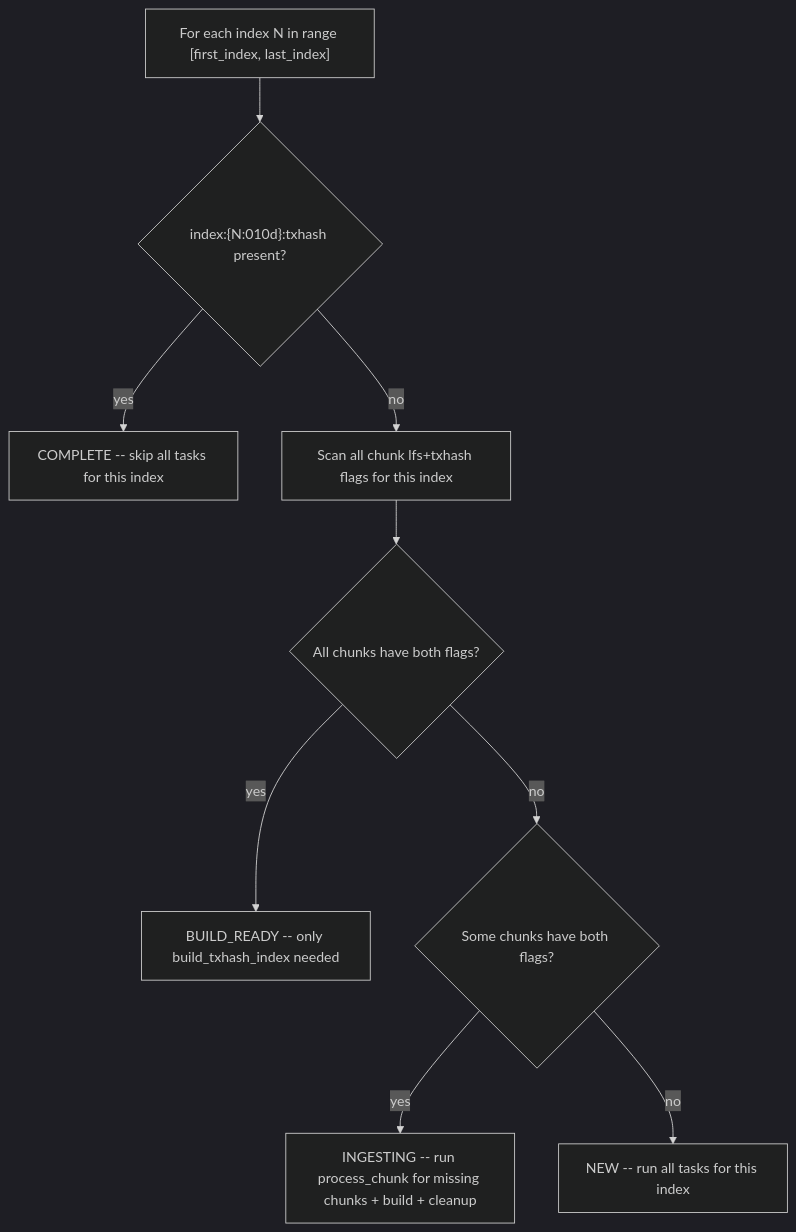
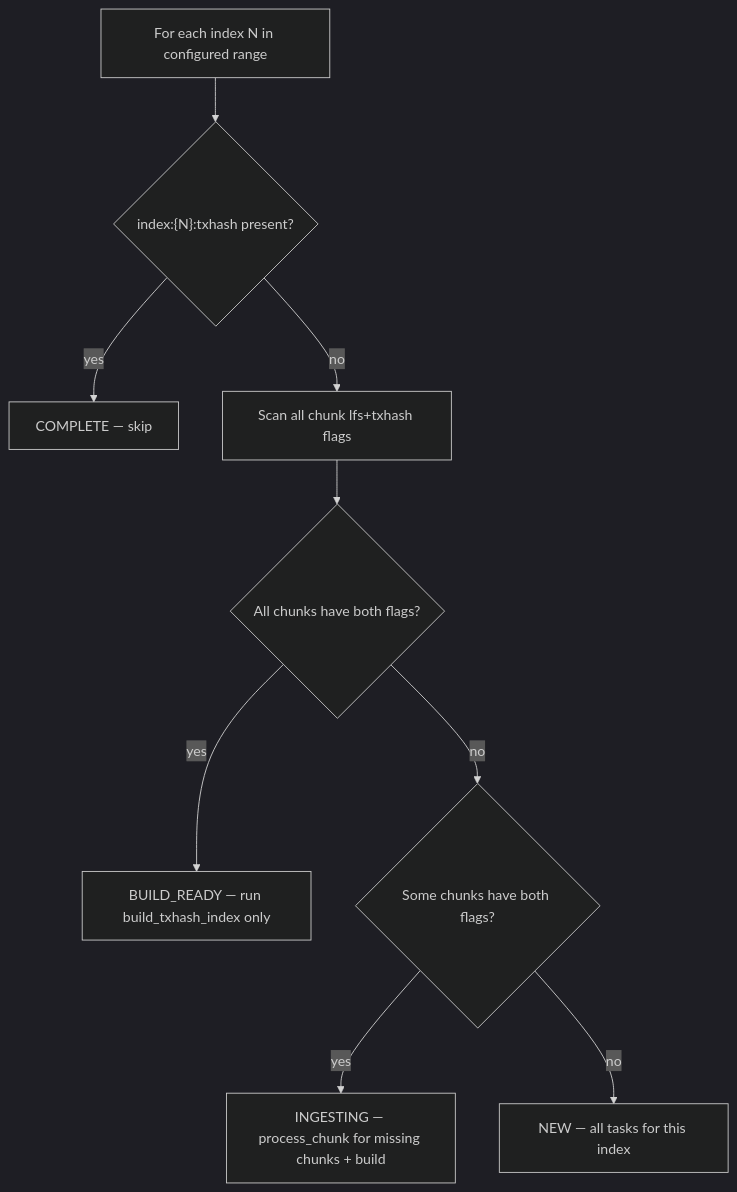
The diagram in full-history/design-docs/03-backfill-workflow.md (stellar/stellar-rpc), drawn with Mermaid (dark theme) before and after one commit. The commit also changed other lines of this file and 1 other file, not shown here.

````diff
--- a/full-history/design-docs/03-backfill-workflow.md
+++ b/full-history/design-docs/03-backfill-workflow.md
@@ -269,12 +354,12 @@
 ```mermaid
 flowchart TD
-  A["For each index N in range [first_index, last_index]"]
-  A --> B{"index:{N:010d}:txhash present?"}
-  B -->|yes| SKIP["COMPLETE -- skip all tasks for this index"]
-  B -->|no| C["Scan all chunk lfs+txhash flags for this index"]
+  A["For each index N in configured range"]
+  A --> B{"index:{N}:txhash present?"}
+  B -->|yes| SKIP["COMPLETE — skip"]
+  B -->|no| C["Scan all chunk lfs+txhash flags"]
   C --> D{"All chunks have both flags?"}
-  D -->|yes| BUILD["BUILD_READY -- only build_txhash_index needed"]
+  D -->|yes| BUILD["BUILD_READY — run build_txhash_index only"]
   D -->|no| E{"Some chunks have both flags?"}
-  E -->|yes| INGEST["INGESTING -- run process_chunk for missing chunks + build + cleanup"]
-  E -->|no| NEW["NEW -- run all tasks for this index"]
+  E -->|yes| INGEST["INGESTING — process_chunk for missing chunks + build"]
+  E -->|no| NEW["NEW — all tasks for this index"]
 ```
````
